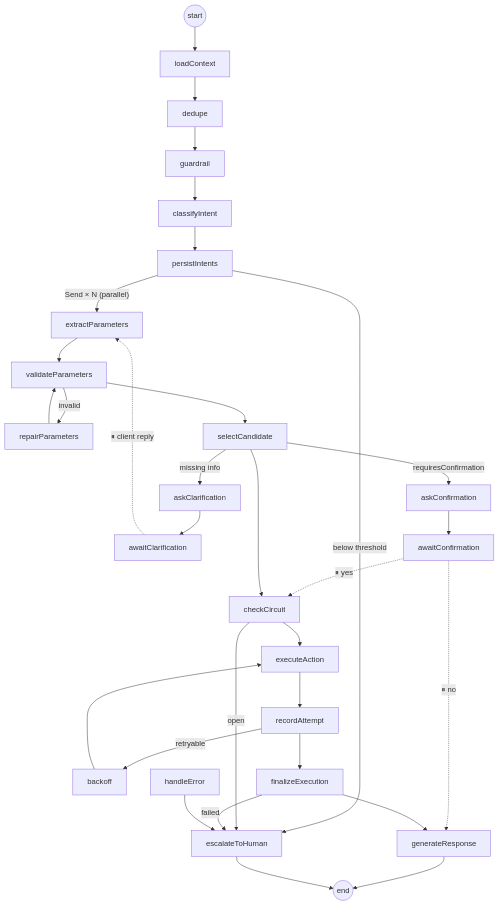
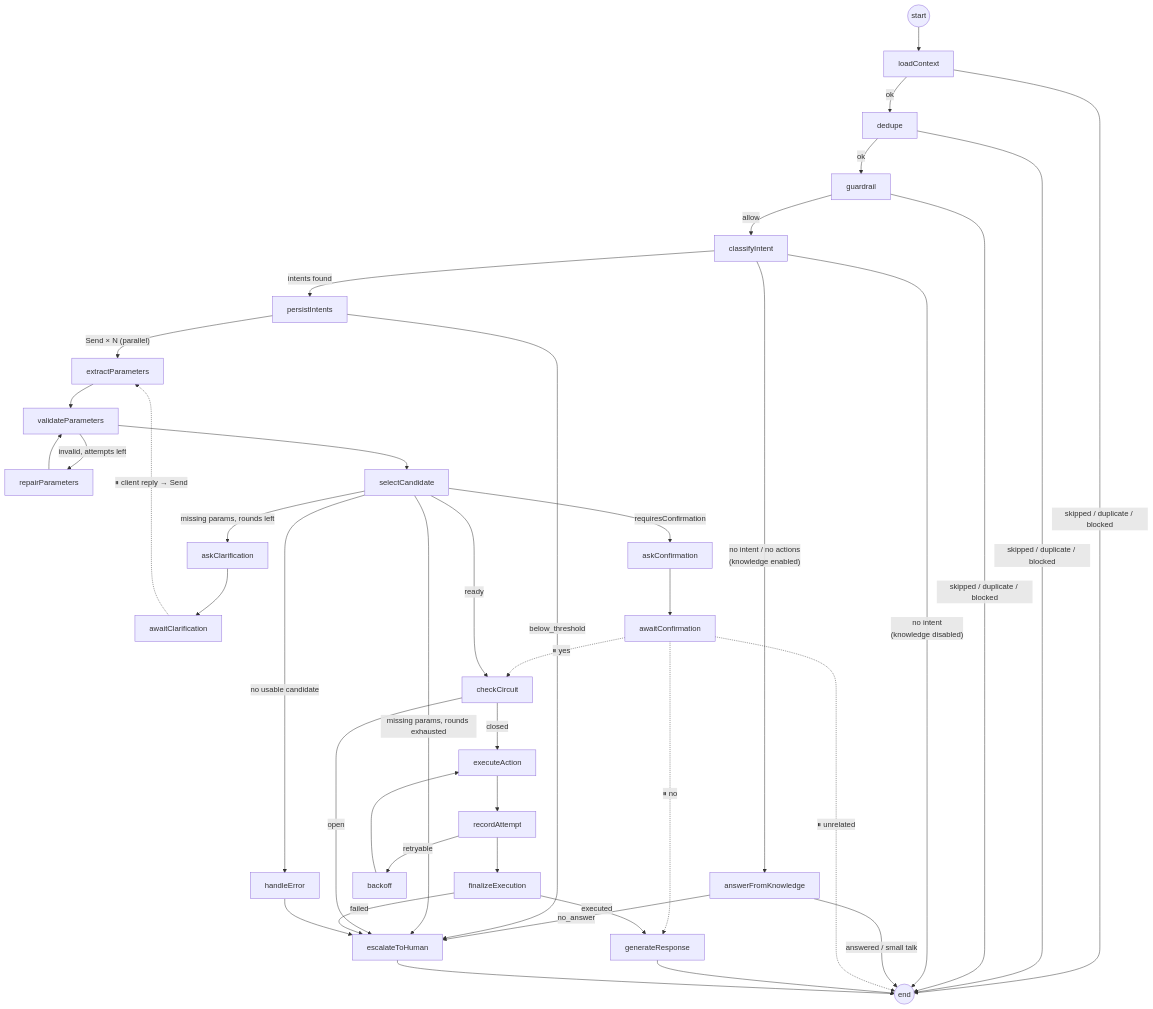
One commit to tysio111/teddy-support changed the third of 7 diagrams in README.md. Above: the diagram before and after it, drawn with Mermaid. The commit also changed other lines of this file and 97 other files, not shown here.

````diff
--- a/README.md
+++ b/README.md
@@ -35,19 +208,39 @@
 ```mermaid
 flowchart TD
-  START((start)) --> loadContext --> dedupe --> guardrail --> classifyIntent --> persistIntents
-  persistIntents -- "Send × N (parallel)" --> extractParameters --> validateParameters
-  validateParameters -- invalid --> repairParameters --> validateParameters
+  START((start)) --> loadContext
+  loadContext -- ok --> dedupe
+  dedupe -- ok --> guardrail
+  guardrail -- allow --> classifyIntent
+  loadContext & dedupe & guardrail -- "skipped / duplicate / blocked" --> END((end))
+
+  classifyIntent -- "intents found" --> persistIntents
+  classifyIntent -- "no intent / no actions<br/>(knowledge enabled)" --> answerFromKnowledge
+  classifyIntent -- "no intent<br/>(knowledge disabled)" --> END
+  answerFromKnowledge -- "answered / small talk" --> END
+  answerFromKnowledge -- no_answer --> escalateToHuman
+
+  persistIntents -- "Send × N (parallel)" --> extractParameters
+  persistIntents -- below_threshold --> escalateToHuman
+  extractParameters --> validateParameters
+  validateParameters -- "invalid, attempts left" --> repairParameters --> validateParameters
   validateParameters --> selectCandidate
-  selectCandidate -- missing info --> askClarification --> awaitClarification
-  awaitClarification -. "⏸ client reply" .-> extractParameters
+
+  selectCandidate -- "missing params, rounds left" --> askClarification --> awaitClarification
+  awaitClarification -.->|"⏸ client reply → Send"| extractParameters
+  selectCandidate -- "missing params, rounds exhausted" --> escalateToHuman
   selectCandidate -- requiresConfirmation --> askConfirmation --> awaitConfirmation
-  awaitConfirmation -. "⏸ yes" .-> checkCircuit
-  awaitConfirmation -. "⏸ no" .-> generateResponse
-  selectCandidate --> checkCircuit --> executeAction --> recordAttempt
+  awaitConfirmation -.->|"⏸ yes"| checkCircuit
+  awaitConfirmation -.->|"⏸ no"| generateResponse
+  awaitConfirmation -.->|"⏸ unrelated"| END
+  selectCandidate -- ready --> checkCircuit
+  selectCandidate -- "no usable candidate" --> handleError
+
+  checkCircuit -- closed --> executeAction --> recordAttempt
+  checkCircuit -- open --> escalateToHuman
   recordAttempt -- retryable --> backoff --> executeAction
-  recordAttempt --> finalizeExecution --> generateResponse --> END((end))
-  persistIntents -- below threshold --> escalateToHuman
-  checkCircuit -- open --> escalateToHuman
+  recordAttempt --> finalizeExecution
+  finalizeExecution -- executed --> generateResponse --> END
   finalizeExecution -- failed --> escalateToHuman
+
   handleError --> escalateToHuman --> END
 ```
````
